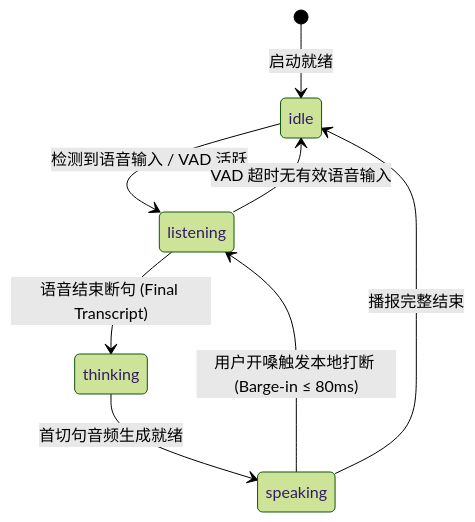
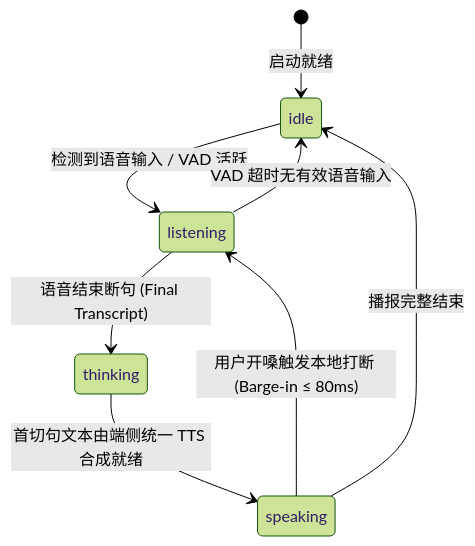
Before and after one commit to feixiao/FastAvatar: the fifth of 7 diagrams in docs/architecture.md, drawn with Mermaid (forest theme). The commit also changed other lines of this file and 12 other files, not shown here.

````diff
--- a/docs/architecture.md
+++ b/docs/architecture.md
@@ -333,10 +331,10 @@
 ```mermaid
 stateDiagram-v2
     [*] --> idle: 启动就绪
     idle --> listening: 检测到语音输入 / VAD 活跃
     listening --> thinking: 语音结束断句 (Final Transcript)
     listening --> idle: VAD 超时无有效语音输入
-    thinking --> speaking: 首切句音频生成就绪
+    thinking --> speaking: 首切句文本由端侧统一 TTS 合成就绪
     speaking --> listening: 用户开嗓触发本地打断 (Barge-in ≤ 80ms)
     speaking --> idle: 播报完整结束
 ```
````
